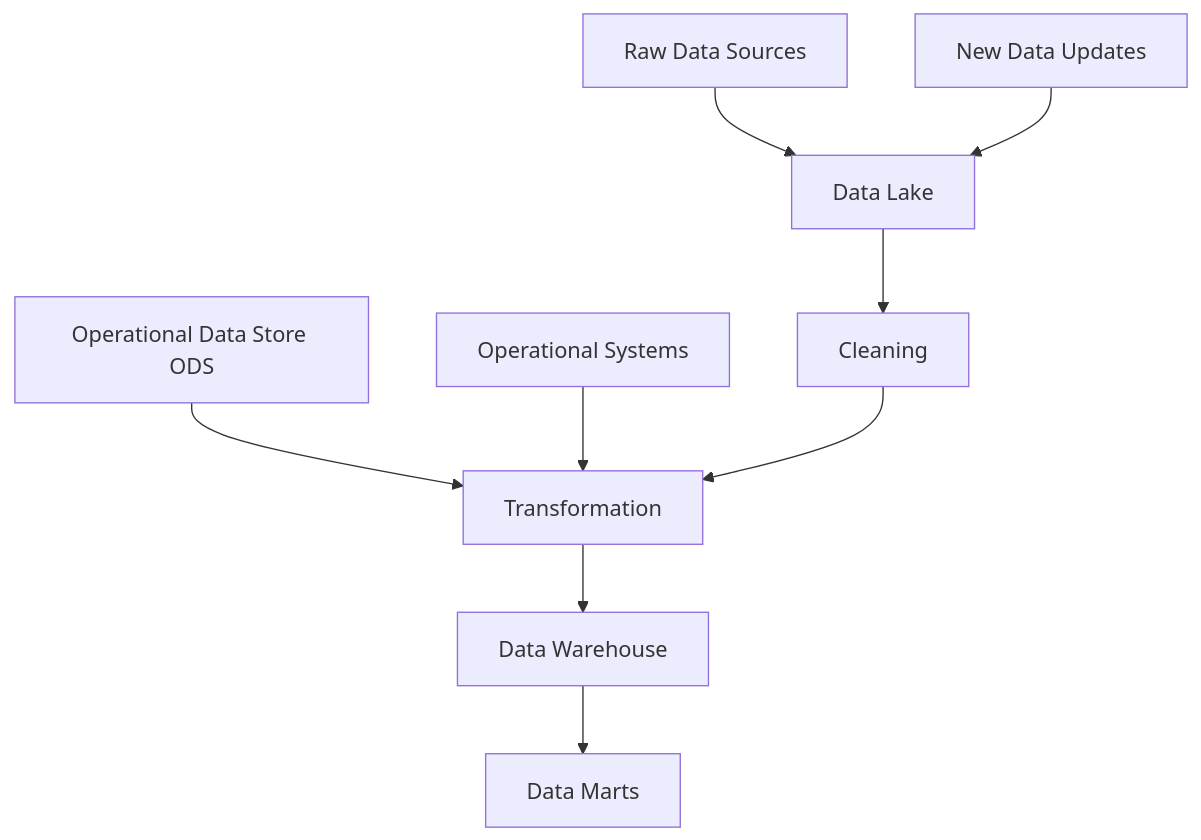
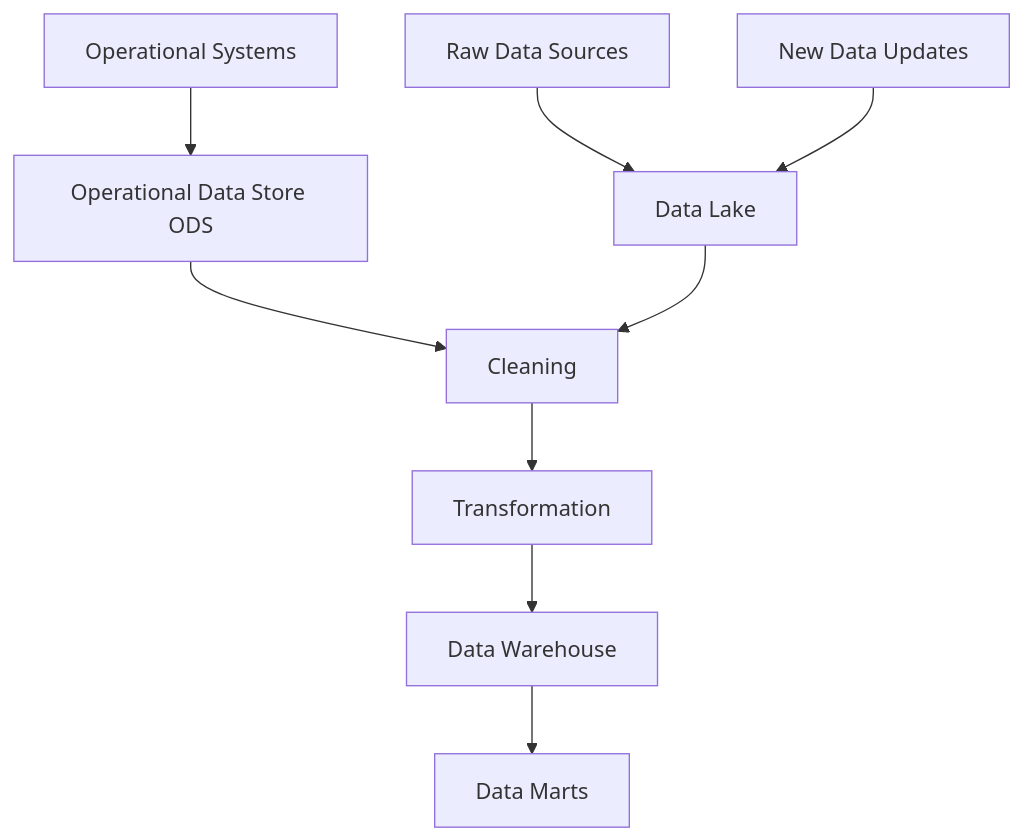
Before and after one commit to Prajjwal-Rimal/Database-and-SQL: the first of 2 diagrams in data warehouse/Data Warehousing, Analytics overview.md, drawn with Mermaid.

Commit message:
changes to the flow chart

````diff
--- a/data warehouse/Data Warehousing, Analytics overview.md
+++ b/data warehouse/Data Warehousing, Analytics overview.md
@@ -70,12 +70,12 @@
 ```mermaid
 flowchart TD
     A[Raw Data Sources] --> L[Data Lake]
-    O[Operational Data Store ODS] --> C[Transformation]
-    G[Operational Systems ] --> C
+    O[Operational Data Store ODS] -->B
+    G[Operational Systems ] --> O
     L --> B[Cleaning]
     B --> C[Transformation]
     C --> D[Data Warehouse]
     D --> E[Data Marts]
     F[New Data Updates] --> L
 
 ```
````
